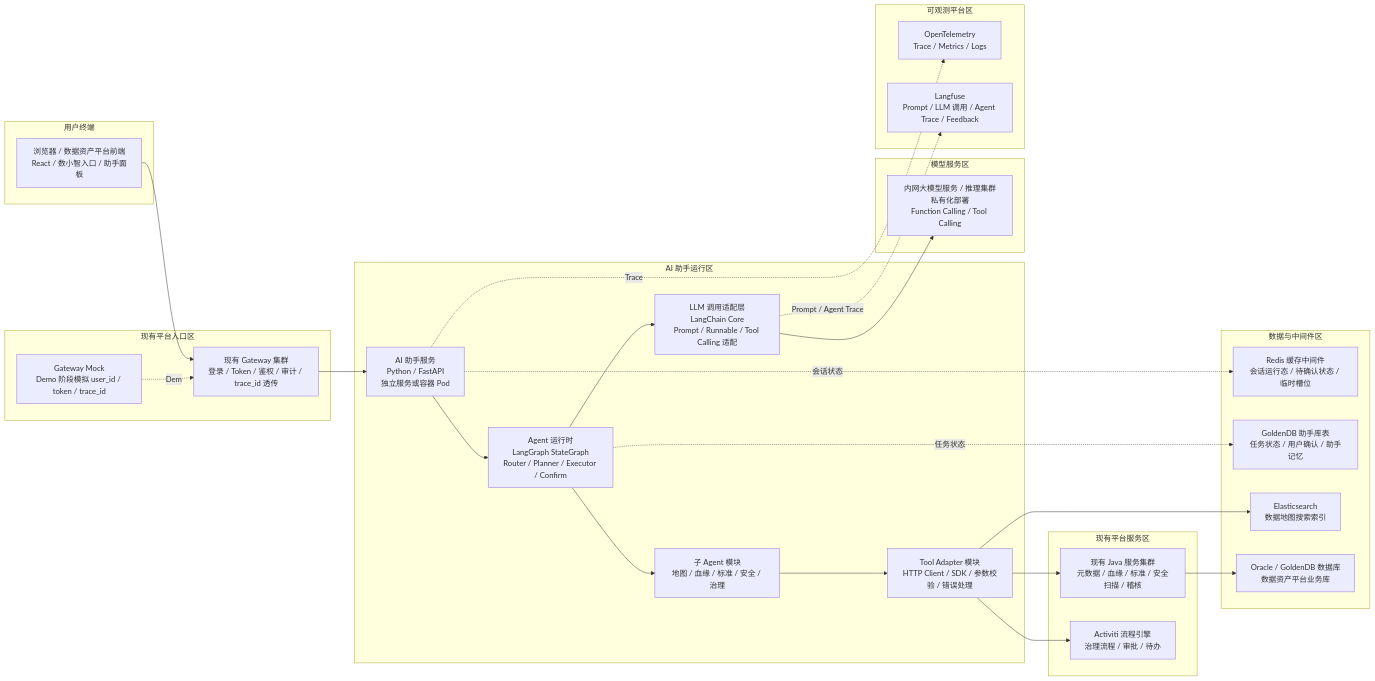
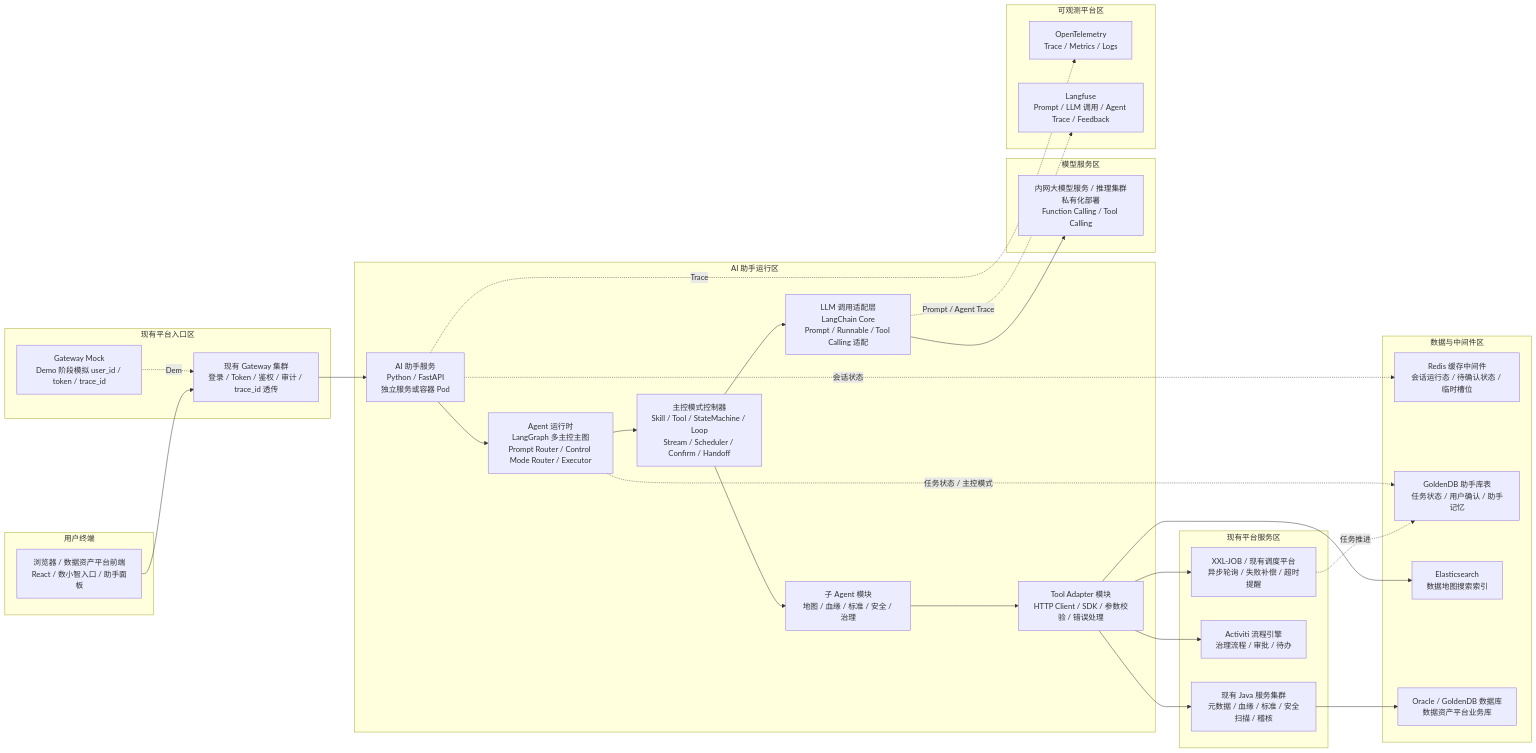
Before and after one commit to ShaneLiu001/dataasset: the first of 8 diagrams in 数据资产助手/06-架构设计/01-数据资产助手技术架构设计.md, drawn with Mermaid. The commit also changed other lines of this file and 11 other files, not shown here.

````diff
--- a/数据资产助手/06-架构设计/01-数据资产助手技术架构设计.md
+++ b/数据资产助手/06-架构设计/01-数据资产助手技术架构设计.md
@@ -20,58 +22,63 @@
 ```mermaid
 flowchart LR
   subgraph Client[用户终端]
     Web[浏览器 / 数据资产平台前端<br/>React / 数小智入口 / 助手面板]
   end
 
   subgraph PlatformEntry[现有平台入口区]
     Gateway[现有 Gateway 集群<br/>登录 / Token / 鉴权 / 审计 / trace_id 透传]
     GatewayMock[Gateway Mock<br/>Demo 阶段模拟 user_id / token / trace_id]
   end
 
   subgraph AssistantRuntime[AI 助手运行区]
     FastAPI[AI 助手服务<br/>Python / FastAPI<br/>独立服务或容器 Pod]
-    Graph[Agent 运行时<br/>LangGraph StateGraph<br/>Router / Planner / Executor / Confirm]
+    Graph[Agent 运行时<br/>LangGraph 多主控主图<br/>Prompt Router / Control Mode Router / Executor]
+    Control[主控模式控制器<br/>Skill / Tool / StateMachine / Loop<br/>Stream / Scheduler / Confirm / Handoff]
     LC[LLM 调用适配层<br/>LangChain Core<br/>Prompt / Runnable / Tool Calling 适配]
     Agents[子 Agent 模块<br/>地图 / 血缘 / 标准 / 安全 / 治理]
     Tool[Tool Adapter 模块<br/>HTTP Client / SDK / 参数校验 / 错误处理]
   end
 
   subgraph ModelZone[模型服务区]
     LLM[内网大模型服务 / 推理集群<br/>私有化部署<br/>Function Calling / Tool Calling]
   end
 
   subgraph ExistingServices[现有平台服务区]
     JavaAPI[现有 Java 服务集群<br/>元数据 / 血缘 / 标准 / 安全扫描 / 稽核]
     Activiti[Activiti 流程引擎<br/>治理流程 / 审批 / 待办]
+    Scheduler[XXL-JOB / 现有调度平台<br/>异步轮询 / 失败补偿 / 超时提醒]
   end
 
   subgraph DataInfra[数据与中间件区]
     Redis[Redis 缓存中间件<br/>会话运行态 / 待确认状态 / 临时槽位]
     AssistantDB[GoldenDB 助手库表<br/>任务状态 / 用户确认 / 助手记忆]
     ES[Elasticsearch<br/>数据地图搜索索引]
     PlatformDB[Oracle / GoldenDB 数据库<br/>数据资产平台业务库]
   end
 
   subgraph Obs[可观测平台区]
     OTel[OpenTelemetry<br/>Trace / Metrics / Logs]
     Langfuse[Langfuse<br/>Prompt / LLM 调用 / Agent Trace / Feedback]
   end
 
   Web --> Gateway
   GatewayMock -.Demo.-> Gateway
   Gateway --> FastAPI
   FastAPI --> Graph
-  Graph --> Agents
+  Graph --> Control
+  Control --> Agents
   Agents --> Tool
   Tool --> JavaAPI
-  Graph --> LC
+  Control --> LC
   LC --> LLM
 
   Tool --> ES
   Tool --> Activiti
+  Tool --> Scheduler
   JavaAPI --> PlatformDB
+  Scheduler -.任务推进.-> AssistantDB
   FastAPI -.会话状态.-> Redis
-  Graph -.任务状态.-> AssistantDB
+  Graph -.任务状态 / 主控模式.-> AssistantDB
   FastAPI -.Trace.-> OTel
   LC -.Prompt / Agent Trace.-> Langfuse
 ```
````
